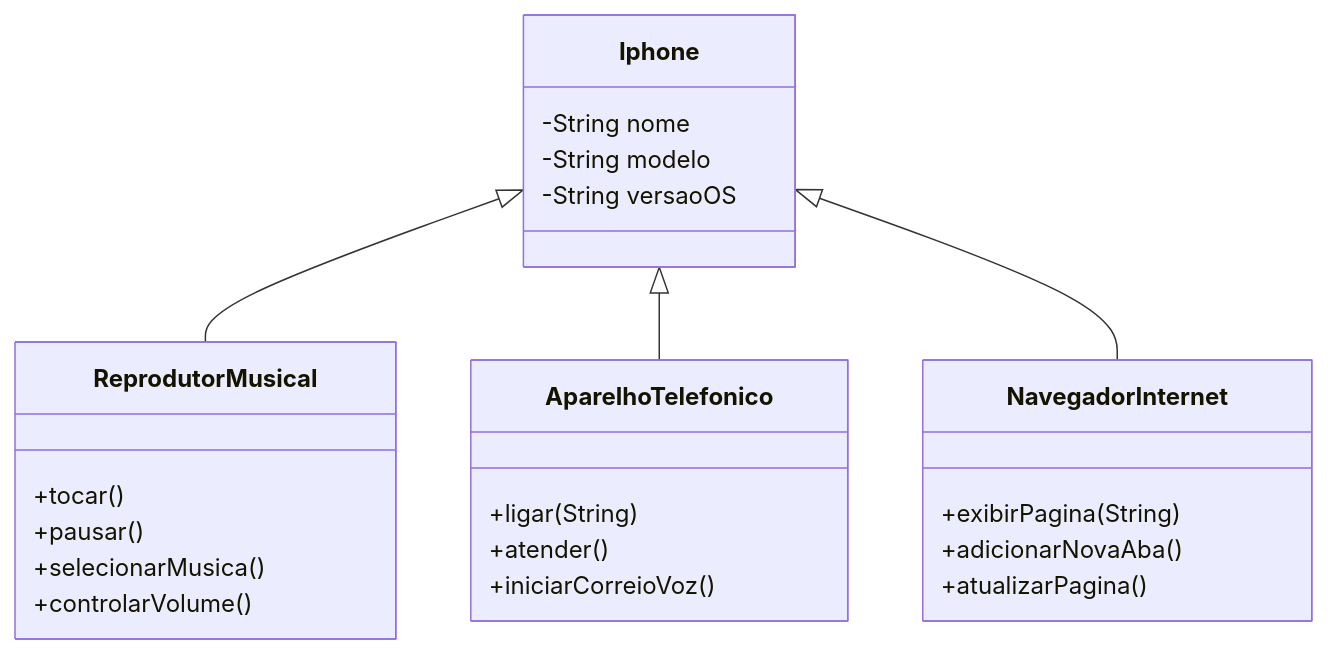
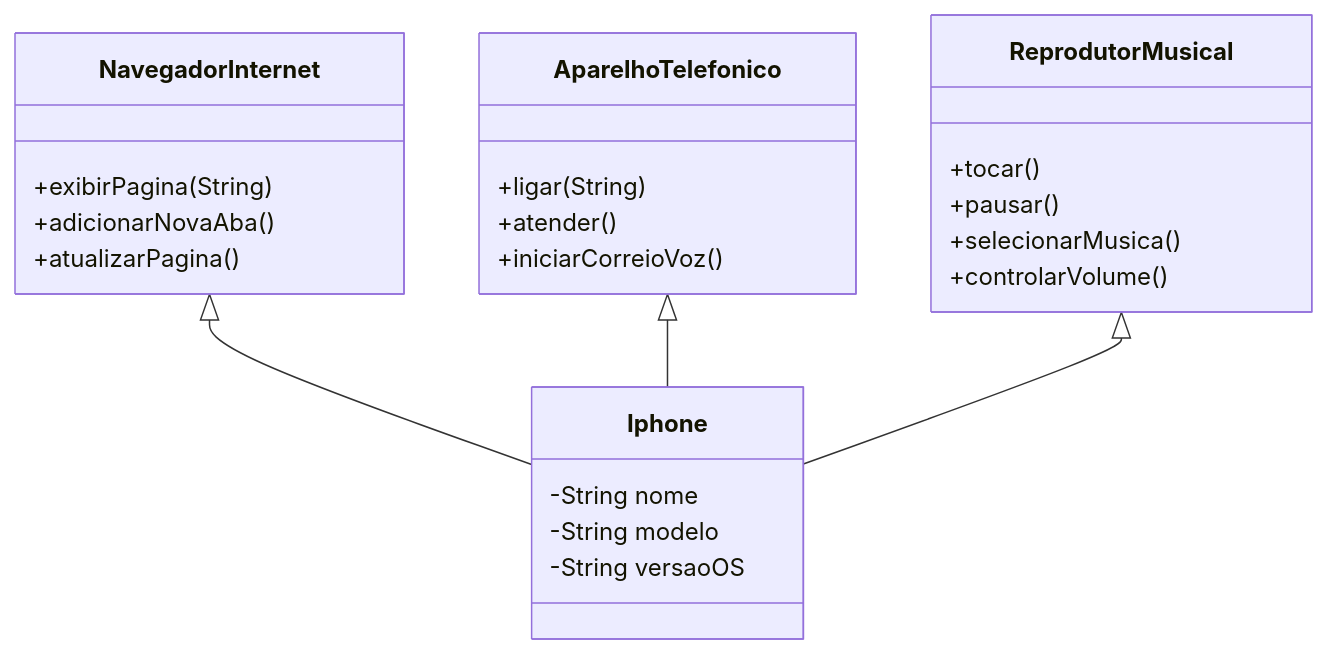
One commit to santullo/desafio-poo changed the diagram in README.md. Above: the diagram before and after it, drawn with Mermaid. The commit also changed 1 other file, not shown here.

````diff
--- a/README.md
+++ b/README.md
@@ -24,26 +24,31 @@
 ```mermaid
 classDiagram
-    Iphone <|-- ReprodutorMusical 
-    Iphone <|-- AparelhoTelefonico
-    Iphone <|-- NavegadorInternet
-    Iphone : -String nome
-    Iphone : -String modelo
-    Iphone : -String versaoOS
+    NavegadorInternet <|-- Iphone 
+    AparelhoTelefonico <|-- Iphone
+    ReprodutorMusical <|-- Iphone
+
+    class Iphone {
+        -String nome
+        -String modelo
+        -String versaoOS
+    }
+
+    class ReprodutorMusical {
+        +tocar() 
+        +pausar()
+        +selecionarMusica()
+        +controlarVolume()
+    }
+
+    class AparelhoTelefonico{
+        +ligar(String)
+        +atender()
+        +iniciarCorreioVoz()
+    }
     
-    class ReprodutorMusical {
-      +tocar() 
-      +pausar()
-      +selecionarMusica()
-      +controlarVolume()
-    }
-    class AparelhoTelefonico{
-      +ligar(String)
-      +atender()
-      +iniciarCorreioVoz()
-    }
     class NavegadorInternet  {
-      +exibirPagina(String)
-      +adicionarNovaAba()
-      +atualizarPagina()
+        +exibirPagina(String)
+        +adicionarNovaAba()
+        +atualizarPagina()
     }
 ```
````
